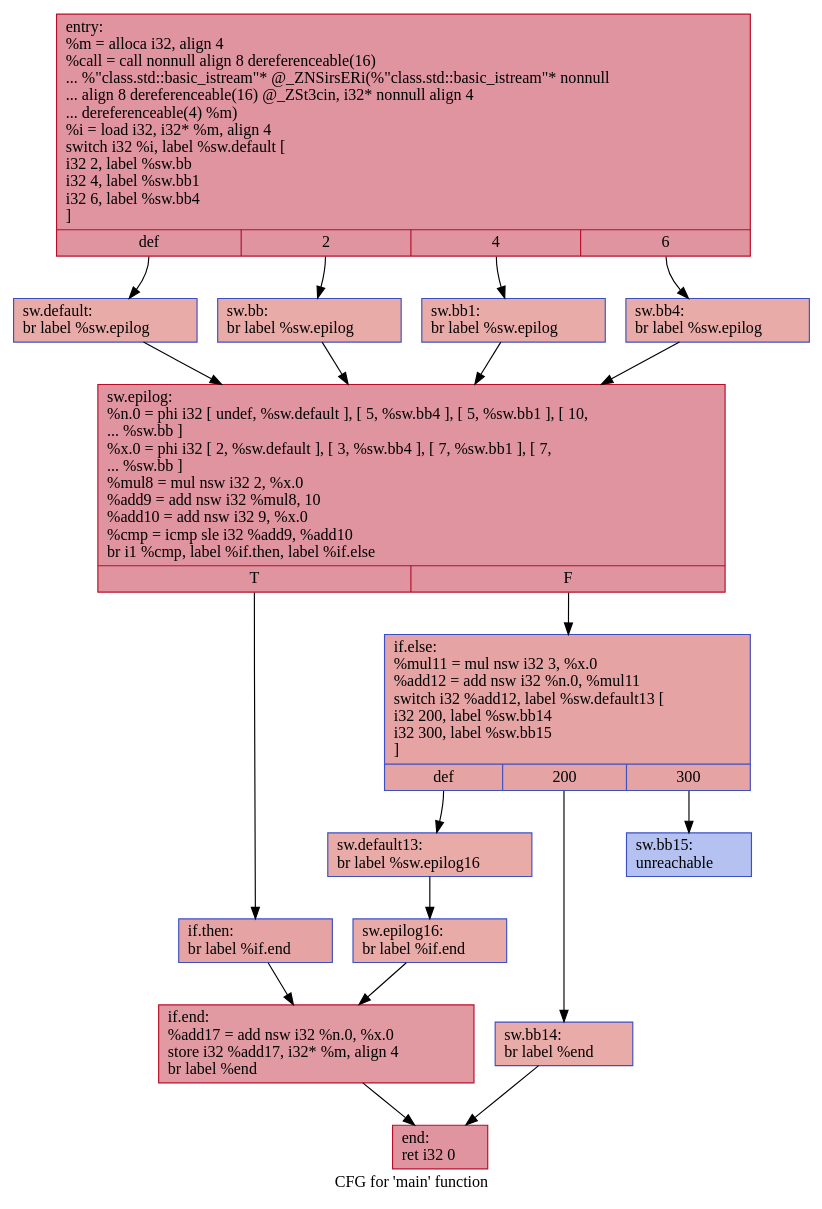
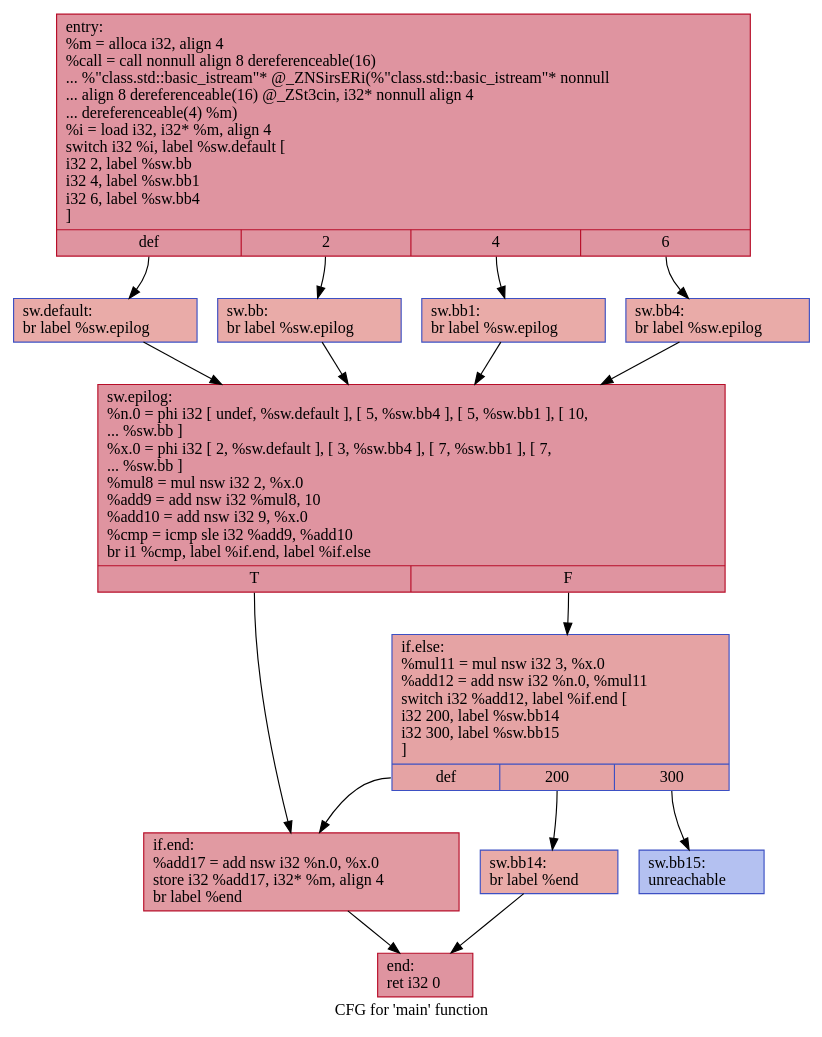
The diagram in IR/cfg/SCCP_BASELINE.dot (HPSSA-LLVM/HPSSA-LLVM), drawn with Graphviz before and after one commit. The commit also changed 26 other files, not shown here.

```diff
--- a/IR/cfg/SCCP_BASELINE.dot
+++ b/IR/cfg/SCCP_BASELINE.dot
@@ -1,36 +1,30 @@
 digraph "CFG for 'main' function" {
 	label="CFG for 'main' function";
 
-	Node0x5584809f1aa0 [shape=record,color="#b70d28ff", style=filled, fillcolor="#b70d2870",label="{entry:\l  %m = alloca i32, align 4\l  %call = call nonnull align 8 dereferenceable(16)\l... %\"class.std::basic_istream\"* @_ZNSirsERi(%\"class.std::basic_istream\"* nonnull\l... align 8 dereferenceable(16) @_ZSt3cin, i32* nonnull align 4\l... dereferenceable(4) %m)\l  %i = load i32, i32* %m, align 4\l  switch i32 %i, label %sw.default [\l    i32 2, label %sw.bb\l    i32 4, label %sw.bb1\l    i32 6, label %sw.bb4\l  ]\l|{<s0>def|<s1>2|<s2>4|<s3>6}}"];
-	Node0x5584809f1aa0:s0 -> Node0x5584809f1f10;
-	Node0x5584809f1aa0:s1 -> Node0x5584809f2020;
-	Node0x5584809f1aa0:s2 -> Node0x5584809f2120;
-	Node0x5584809f1aa0:s3 -> Node0x5584809f2220;
-	Node0x5584809f2020 [shape=record,color="#3d50c3ff", style=filled, fillcolor="#cc403a70",label="{sw.bb:                                            \l  br label %sw.epilog\l}"];
-	Node0x5584809f2020 -> Node0x5584809f2340;
-	Node0x5584809f2120 [shape=record,color="#3d50c3ff", style=filled, fillcolor="#cc403a70",label="{sw.bb1:                                           \l  br label %sw.epilog\l}"];
-	Node0x5584809f2120 -> Node0x5584809f2340;
-	Node0x5584809f2220 [shape=record,color="#3d50c3ff", style=filled, fillcolor="#cc403a70",label="{sw.bb4:                                           \l  br label %sw.epilog\l}"];
-	Node0x5584809f2220 -> Node0x5584809f2340;
-	Node0x5584809f1f10 [shape=record,color="#3d50c3ff", style=filled, fillcolor="#cc403a70",label="{sw.default:                                       \l  br label %sw.epilog\l}"];
-	Node0x5584809f1f10 -> Node0x5584809f2340;
-	Node0x5584809f2340 [shape=record,color="#b70d28ff", style=filled, fillcolor="#b70d2870",label="{sw.epilog:                                        \l  %n.0 = phi i32 [ undef, %sw.default ], [ 5, %sw.bb4 ], [ 5, %sw.bb1 ], [ 10,\l... %sw.bb ]\l  %x.0 = phi i32 [ 2, %sw.default ], [ 3, %sw.bb4 ], [ 7, %sw.bb1 ], [ 7,\l... %sw.bb ]\l  %mul8 = mul nsw i32 2, %x.0\l  %add9 = add nsw i32 %mul8, 10\l  %add10 = add nsw i32 9, %x.0\l  %cmp = icmp sle i32 %add9, %add10\l  br i1 %cmp, label %if.then, label %if.else\l|{<s0>T|<s1>F}}"];
-	Node0x5584809f2340:s0 -> Node0x5584809f3140;
-	Node0x5584809f2340:s1 -> Node0x5584809f31b0;
-	Node0x5584809f3140 [shape=record,color="#3d50c3ff", style=filled, fillcolor="#c32e3170",label="{if.then:                                          \l  br label %if.end\l}"];
-	Node0x5584809f3140 -> Node0x5584809f32d0;
-	Node0x5584809f31b0 [shape=record,color="#3d50c3ff", style=filled, fillcolor="#c32e3170",label="{if.else:                                          \l  %mul11 = mul nsw i32 3, %x.0\l  %add12 = add nsw i32 %n.0, %mul11\l  switch i32 %add12, label %sw.default13 [\l    i32 200, label %sw.bb14\l    i32 300, label %sw.bb15\l  ]\l|{<s0>def|<s1>200|<s2>300}}"];
-	Node0x5584809f31b0:s0 -> Node0x5584809f3510;
-	Node0x5584809f31b0:s1 -> Node0x5584809f35c0;
-	Node0x5584809f31b0:s2 -> Node0x5584809f3660;
-	Node0x5584809f3510 [shape=record,color="#3d50c3ff", style=filled, fillcolor="#cc403a70",label="{sw.default13:                                     \l  br label %sw.epilog16\l}"];
-	Node0x5584809f3510 -> Node0x5584809f37f0;
-	Node0x5584809f35c0 [shape=record,color="#3d50c3ff", style=filled, fillcolor="#cc403a70",label="{sw.bb14:                                          \l  br label %end\l}"];
-	Node0x5584809f35c0 -> Node0x5584809f38e0;
-	Node0x5584809f3660 [shape=record,color="#3d50c3ff", style=filled, fillcolor="#5572df70",label="{sw.bb15:                                          \l  unreachable\l}"];
-	Node0x5584809f37f0 [shape=record,color="#3d50c3ff", style=filled, fillcolor="#cc403a70",label="{sw.epilog16:                                      \l  br label %if.end\l}"];
-	Node0x5584809f37f0 -> Node0x5584809f32d0;
-	Node0x5584809f32d0 [shape=record,color="#b70d28ff", style=filled, fillcolor="#bb1b2c70",label="{if.end:                                           \l  %add17 = add nsw i32 %n.0, %x.0\l  store i32 %add17, i32* %m, align 4\l  br label %end\l}"];
-	Node0x5584809f32d0 -> Node0x5584809f38e0;
-	Node0x5584809f38e0 [shape=record,color="#b70d28ff", style=filled, fillcolor="#b70d2870",label="{end:                                              \l  ret i32 0\l}"];
+	Node0x557b00b38e60 [shape=record,color="#b70d28ff", style=filled, fillcolor="#b70d2870",label="{entry:\l  %m = alloca i32, align 4\l  %call = call nonnull align 8 dereferenceable(16)\l... %\"class.std::basic_istream\"* @_ZNSirsERi(%\"class.std::basic_istream\"* nonnull\l... align 8 dereferenceable(16) @_ZSt3cin, i32* nonnull align 4\l... dereferenceable(4) %m)\l  %i = load i32, i32* %m, align 4\l  switch i32 %i, label %sw.default [\l    i32 2, label %sw.bb\l    i32 4, label %sw.bb1\l    i32 6, label %sw.bb4\l  ]\l|{<s0>def|<s1>2|<s2>4|<s3>6}}"];
+	Node0x557b00b38e60:s0 -> Node0x557b00b392a0;
+	Node0x557b00b38e60:s1 -> Node0x557b00b393b0;
+	Node0x557b00b38e60:s2 -> Node0x557b00b394b0;
+	Node0x557b00b38e60:s3 -> Node0x557b00b395b0;
+	Node0x557b00b393b0 [shape=record,color="#3d50c3ff", style=filled, fillcolor="#cc403a70",label="{sw.bb:                                            \l  br label %sw.epilog\l}"];
+	Node0x557b00b393b0 -> Node0x557b00b396d0;
+	Node0x557b00b394b0 [shape=record,color="#3d50c3ff", style=filled, fillcolor="#cc403a70",label="{sw.bb1:                                           \l  br label %sw.epilog\l}"];
+	Node0x557b00b394b0 -> Node0x557b00b396d0;
+	Node0x557b00b395b0 [shape=record,color="#3d50c3ff", style=filled, fillcolor="#cc403a70",label="{sw.bb4:                                           \l  br label %sw.epilog\l}"];
+	Node0x557b00b395b0 -> Node0x557b00b396d0;
+	Node0x557b00b392a0 [shape=record,color="#3d50c3ff", style=filled, fillcolor="#cc403a70",label="{sw.default:                                       \l  br label %sw.epilog\l}"];
+	Node0x557b00b392a0 -> Node0x557b00b396d0;
+	Node0x557b00b396d0 [shape=record,color="#b70d28ff", style=filled, fillcolor="#b70d2870",label="{sw.epilog:                                        \l  %n.0 = phi i32 [ undef, %sw.default ], [ 5, %sw.bb4 ], [ 5, %sw.bb1 ], [ 10,\l... %sw.bb ]\l  %x.0 = phi i32 [ 2, %sw.default ], [ 3, %sw.bb4 ], [ 7, %sw.bb1 ], [ 7,\l... %sw.bb ]\l  %mul8 = mul nsw i32 2, %x.0\l  %add9 = add nsw i32 %mul8, 10\l  %add10 = add nsw i32 9, %x.0\l  %cmp = icmp sle i32 %add9, %add10\l  br i1 %cmp, label %if.end, label %if.else\l|{<s0>T|<s1>F}}"];
+	Node0x557b00b396d0:s0 -> Node0x557b00b3a4d0;
+	Node0x557b00b396d0:s1 -> Node0x557b00b3a540;
+	Node0x557b00b3a540 [shape=record,color="#3d50c3ff", style=filled, fillcolor="#c32e3170",label="{if.else:                                          \l  %mul11 = mul nsw i32 3, %x.0\l  %add12 = add nsw i32 %n.0, %mul11\l  switch i32 %add12, label %if.end [\l    i32 200, label %sw.bb14\l    i32 300, label %sw.bb15\l  ]\l|{<s0>def|<s1>200|<s2>300}}"];
+	Node0x557b00b3a540:s0 -> Node0x557b00b3a4d0;
+	Node0x557b00b3a540:s1 -> Node0x557b00b3a7f0;
+	Node0x557b00b3a540:s2 -> Node0x557b00b3a890;
+	Node0x557b00b3a7f0 [shape=record,color="#3d50c3ff", style=filled, fillcolor="#cc403a70",label="{sw.bb14:                                          \l  br label %end\l}"];
+	Node0x557b00b3a7f0 -> Node0x557b00b3aa20;
+	Node0x557b00b3a890 [shape=record,color="#3d50c3ff", style=filled, fillcolor="#5572df70",label="{sw.bb15:                                          \l  unreachable\l}"];
+	Node0x557b00b3a4d0 [shape=record,color="#b70d28ff", style=filled, fillcolor="#bb1b2c70",label="{if.end:                                           \l  %add17 = add nsw i32 %n.0, %x.0\l  store i32 %add17, i32* %m, align 4\l  br label %end\l}"];
+	Node0x557b00b3a4d0 -> Node0x557b00b3aa20;
+	Node0x557b00b3aa20 [shape=record,color="#b70d28ff", style=filled, fillcolor="#b70d2870",label="{end:                                              \l  ret i32 0\l}"];
 }
```
